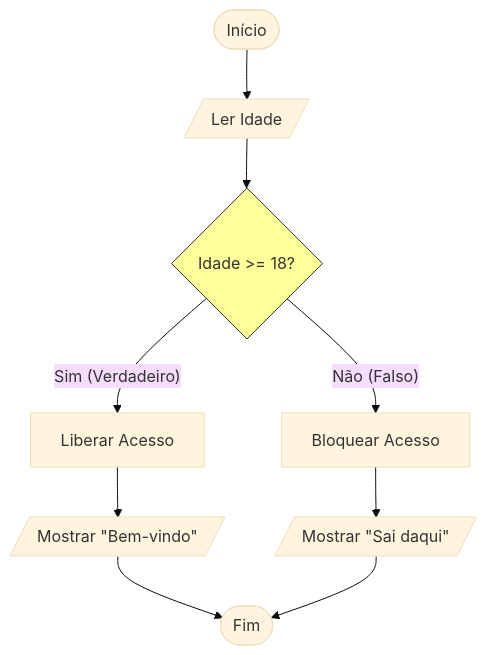
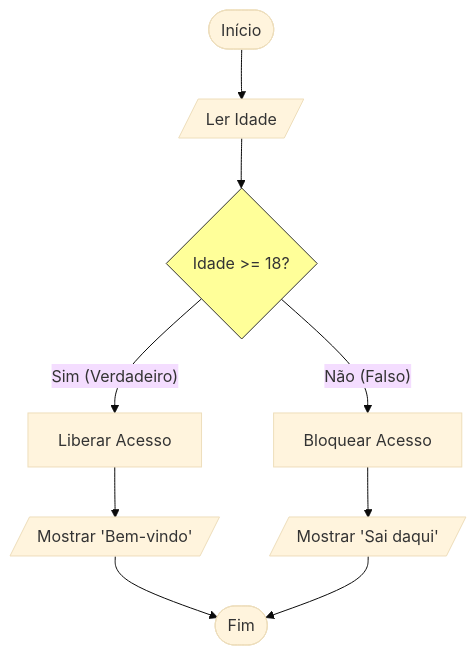
One commit to ricardotecpro/ads_mod_02_logica_e_algoritmos changed the diagram in docs/aulas/aula-04.md. Above: the diagram before and after it, drawn with Mermaid (base theme). The commit also changed 1 other file, not shown here.

Commit message:
feat: Add new lesson on conditional structures (`aula-04.md`) and a test for Mermaid syntax validation.

````diff
--- a/docs/aulas/aula-04.md
+++ b/docs/aulas/aula-04.md
@@ -16,13 +16,13 @@
 ```mermaid
 graph TD;
     Início([Início]) --> Ler[/Ler Idade/];
     Ler --> Decisão{Idade >= 18?};
     Decisão -- "Sim (Verdadeiro)" --> Aprov[Liberar Acesso];
     Decisão -- "Não (Falso)" --> Bloq[Bloquear Acesso];
-    Aprov --> Mensagem[/Mostrar "Bem-vindo"/];
-    Bloq --> MensagemBloq[/Mostrar "Sai daqui"/];
+    Aprov --> Mensagem[/Mostrar 'Bem-vindo'/];
+    Bloq --> MensagemBloq[/Mostrar 'Sai daqui'/];
     Mensagem --> Fim([Fim]);
     MensagemBloq --> Fim;
     
     style Decisão fill:#ff9,stroke:#333;
 ```
````
